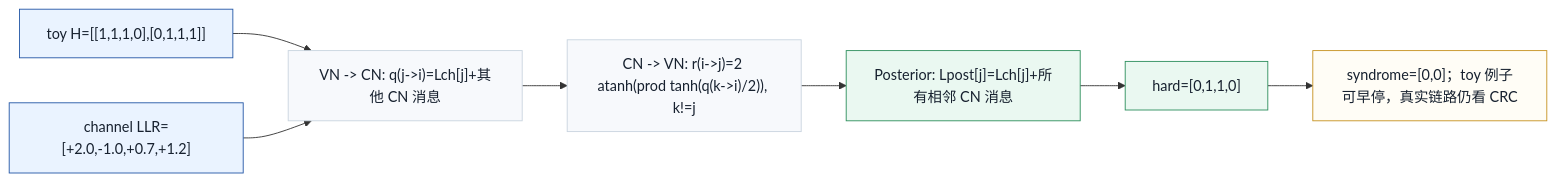
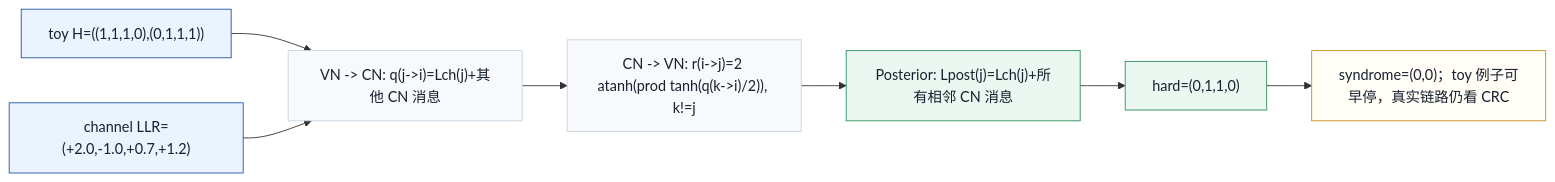
Before and after one commit to AuroraYaus/obsidian: the diagram in 3gpp/docs/L2_协议算法/T8.5_LDPC_sum_product_BP.md, drawn with Mermaid. The commit also changed 40 other files, not shown here.

````diff
--- a/3gpp/docs/L2_协议算法/T8.5_LDPC_sum_product_BP.md
+++ b/3gpp/docs/L2_协议算法/T8.5_LDPC_sum_product_BP.md
@@ -301,23 +301,23 @@
 ```mermaid
 %%{init: {'theme': 'default'}}%%
 flowchart LR
-H["toy H=[[1,1,1,0],[0,1,1,1]]"]
-LCH["channel LLR=[+2.0,-1.0,+0.7,+1.2]"]
-V2C["VN -> CN: q(j->i)=Lch[j]+其他 CN 消息"]
+H["toy H=((1,1,1,0),(0,1,1,1))"]
+LCH["channel LLR=(+2.0,-1.0,+0.7,+1.2)"]
+V2C["VN -> CN: q(j->i)=Lch(j)+其他 CN 消息"]
 C2V["CN -> VN: r(i->j)=2 atanh(prod tanh(q(k->i)/2)), k!=j"]
-POST["Posterior: Lpost[j]=Lch[j]+所有相邻 CN 消息"]
-HARD["hard=[0,1,1,0]"]
-SYN["syndrome=[0,0]；toy 例子可早停，真实链路仍看 CRC"]
+POST["Posterior: Lpost(j)=Lch(j)+所有相邻 CN 消息"]
+HARD["hard=(0,1,1,0)"]
+SYN["syndrome=(0,0)；toy 例子可早停，真实链路仍看 CRC"]
 H --> V2C
 LCH --> V2C
 V2C --> C2V --> POST --> HARD --> SYN
 
 classDef input fill:#EAF3FF,stroke:#2457A6,color:#17212F;
 classDef msg fill:#F7F9FC,stroke:#C9D4DF,color:#17212F;
 classDef posterior fill:#EAF8F1,stroke:#2D8F5D,color:#17212F;
 classDef stop fill:#FFFDF6,stroke:#C69220,color:#17212F;
 class H,LCH input;
 class V2C,C2V msg;
 class POST,HARD posterior;
 class SYN stop;
 ```
````
